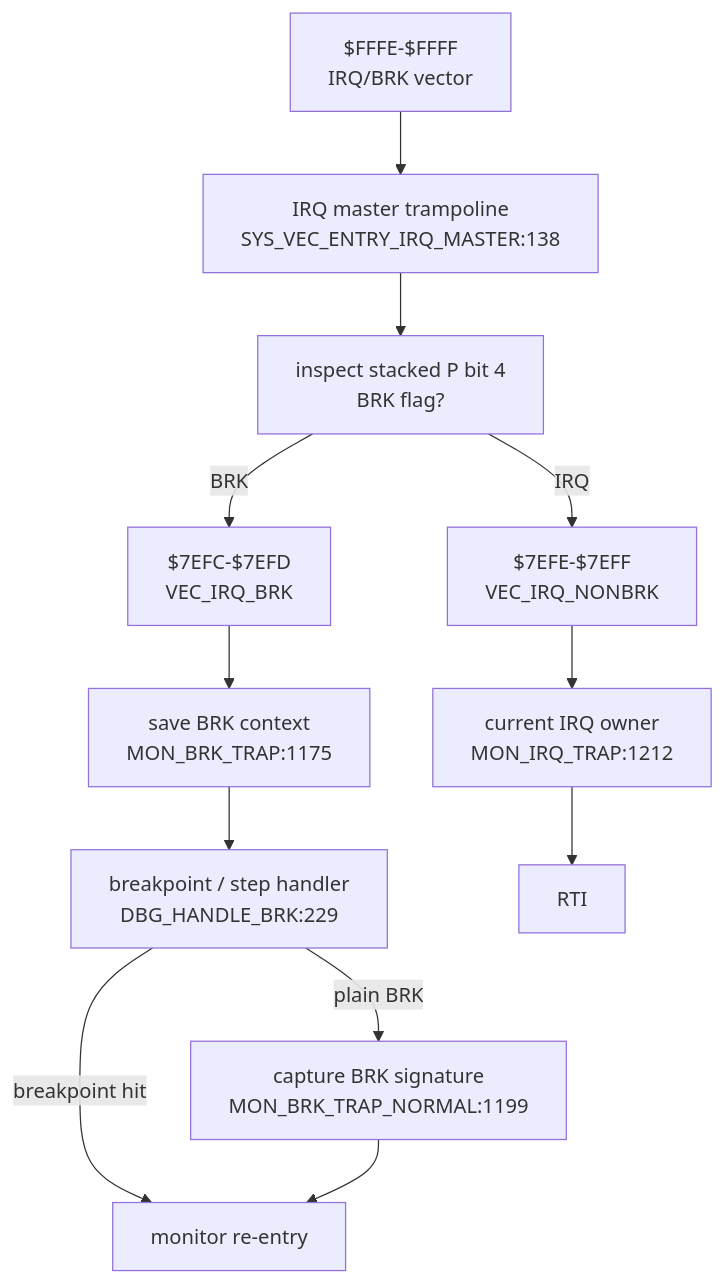
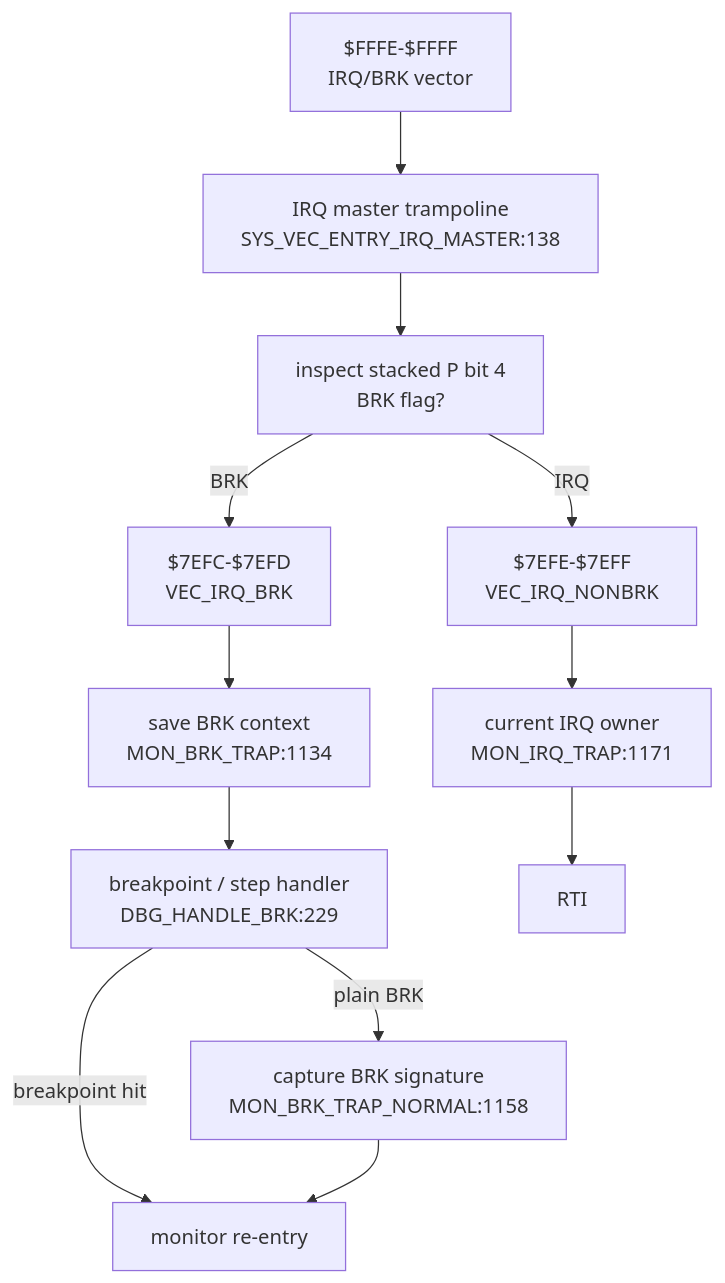
One commit to 95westus/R-YORS changed the fifth of 6 diagrams in DOC/GENERATED/INTERRUPT_VECTOR_MAP.md. Above: the diagram before and after it, drawn with Mermaid. The commit also changed other lines of this file and 29 other files, not shown here.

````diff
--- a/DOC/GENERATED/INTERRUPT_VECTOR_MAP.md
+++ b/DOC/GENERATED/INTERRUPT_VECTOR_MAP.md
@@ -75,14 +75,14 @@
 ```mermaid
 flowchart TD
     IRQV["$FFFE-$FFFF<br/>IRQ/BRK vector"] --> IRQMASTER["IRQ master trampoline<br/>SYS_VEC_ENTRY_IRQ_MASTER:138"]
     IRQMASTER --> SPLIT["inspect stacked P bit 4<br/>BRK flag?"]
     SPLIT -->|BRK| VECBRK["$7EFC-$7EFD<br/>VEC_IRQ_BRK"]
     SPLIT -->|IRQ| VECIRQ["$7EFE-$7EFF<br/>VEC_IRQ_NONBRK"]
-    VECBRK --> BRKTRAP["save BRK context<br/>MON_BRK_TRAP:1175"]
+    VECBRK --> BRKTRAP["save BRK context<br/>MON_BRK_TRAP:1134"]
     BRKTRAP --> DBGBRK["breakpoint / step handler<br/>DBG_HANDLE_BRK:229"]
     DBGBRK -->|breakpoint hit| REENTER["monitor re-entry"]
-    DBGBRK -->|plain BRK| BRKNORMAL["capture BRK signature<br/>MON_BRK_TRAP_NORMAL:1199"]
+    DBGBRK -->|plain BRK| BRKNORMAL["capture BRK signature<br/>MON_BRK_TRAP_NORMAL:1158"]
     BRKNORMAL --> REENTER
-    VECIRQ --> IRQTRAP["current IRQ owner<br/>MON_IRQ_TRAP:1212"]
+    VECIRQ --> IRQTRAP["current IRQ owner<br/>MON_IRQ_TRAP:1171"]
     IRQTRAP --> RTIIRQ["RTI"]
 ```
````
